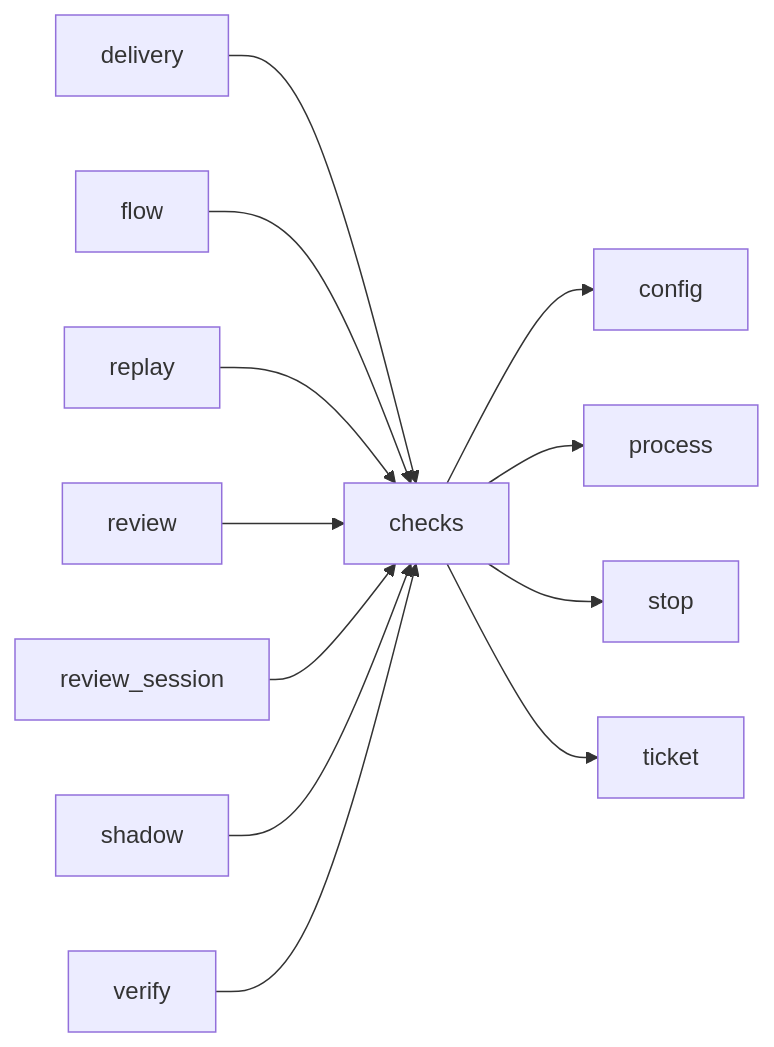
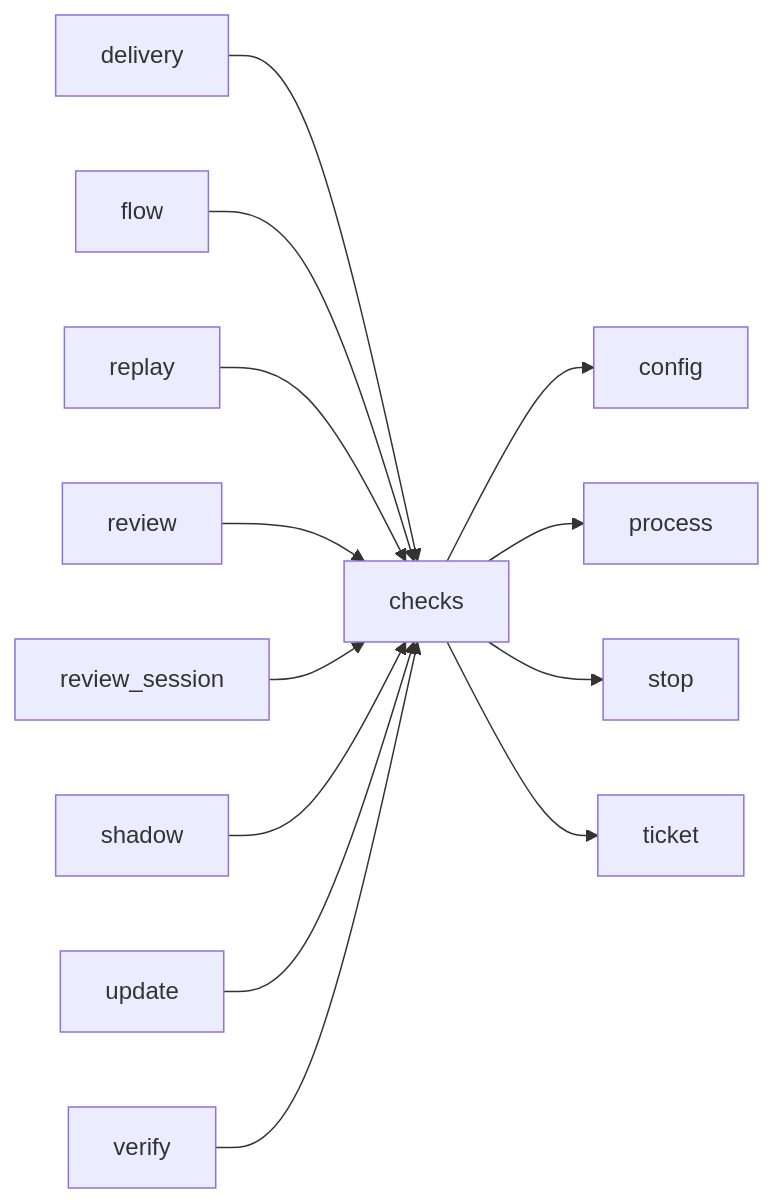
One commit to plaplanche/ariane changed the third of 3 diagrams in docs/architecture/modules/checks.md. Above: the diagram before and after it, drawn with Mermaid. The commit also changed 33 other files, not shown here.

````diff
--- a/docs/architecture/modules/checks.md
+++ b/docs/architecture/modules/checks.md
@@ -98,14 +98,15 @@
 ```mermaid
 flowchart LR
   checks --> config
   checks --> process
   checks --> stop
   checks --> ticket
   delivery --> checks
   flow --> checks
   replay --> checks
   review --> checks
   review_session --> checks
   shadow --> checks
+  update --> checks
   verify --> checks
 ```
````
